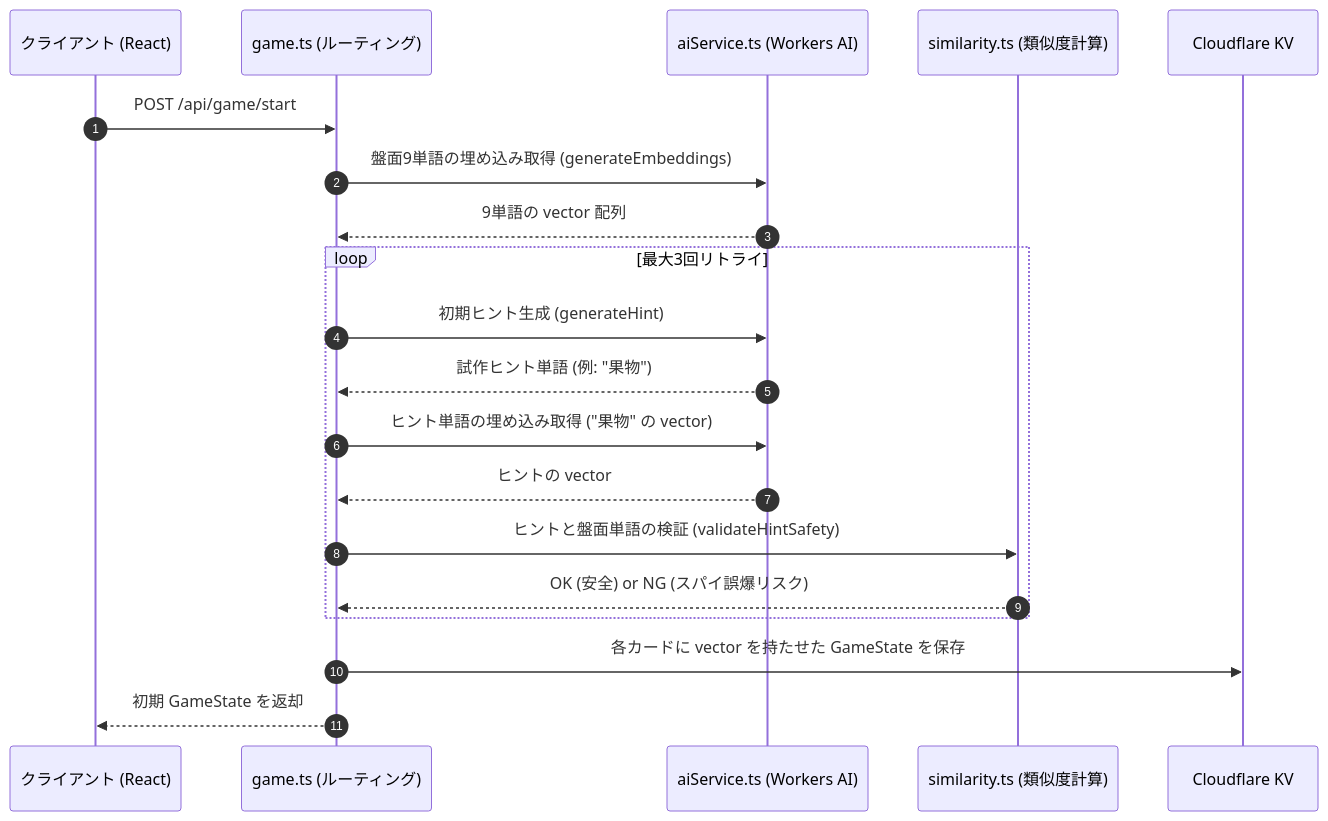
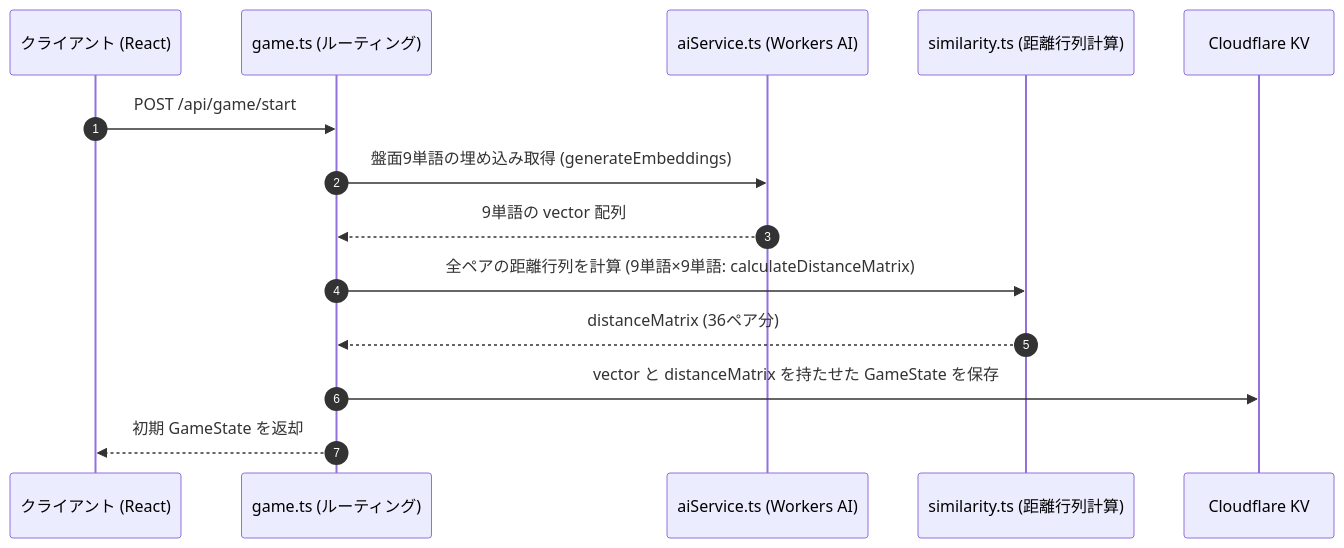
One commit to Eztas/cloude changed the fourth of 4 diagrams in docs/architecture.md. Above: the diagram before and after it, drawn with Mermaid. The commit also changed other lines of this file and 6 other files, not shown here.

````diff
--- a/docs/architecture.md
+++ b/docs/architecture.md
@@ -188,25 +178,17 @@
 ```mermaid
 sequenceDiagram
     autonumber
     participant Client as クライアント (React)
     participant GameRoute as game.ts (ルーティング)
     participant AIService as aiService.ts (Workers AI)
-    participant Similarity as similarity.ts (類似度計算)
+    participant Similarity as similarity.ts (距離行列計算)
     participant KV as Cloudflare KV
 
     Client ->> GameRoute: POST /api/game/start
     GameRoute ->> AIService: 盤面9単語の埋め込み取得 (generateEmbeddings)
     AIService -->> GameRoute: 9単語の vector 配列
-    
-    loop 最大3回リトライ
-        GameRoute ->> AIService: 初期ヒント生成 (generateHint)
-        AIService -->> GameRoute: 試作ヒント単語 (例: "果物")
-        GameRoute ->> AIService: ヒント単語の埋め込み取得 ("果物" の vector)
-        AIService -->> GameRoute: ヒントの vector
-        GameRoute ->> Similarity: ヒントと盤面単語の検証 (validateHintSafety)
-        Similarity -->> GameRoute: OK (安全) or NG (スパイ誤爆リスク)
-    end
-
-    GameRoute ->> KV: 各カードに vector を持たせた GameState を保存
+    GameRoute ->> Similarity: 全ペアの距離行列を計算 (9単語×9単語: calculateDistanceMatrix)
+    Similarity -->> GameRoute: distanceMatrix (36ペア分)
+    GameRoute ->> KV: vector と distanceMatrix を持たせた GameState を保存
     GameRoute -->> Client: 初期 GameState を返却
 ```
````
